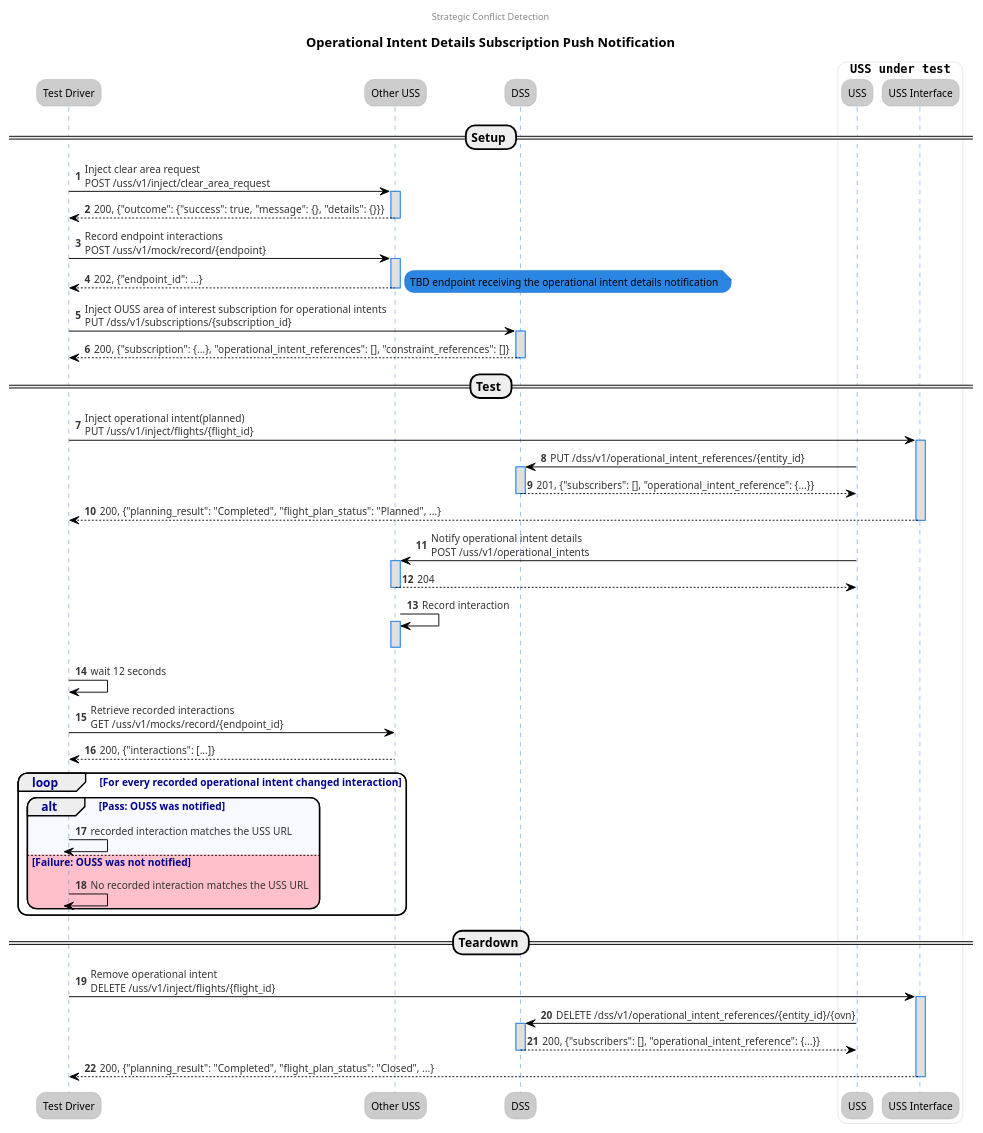
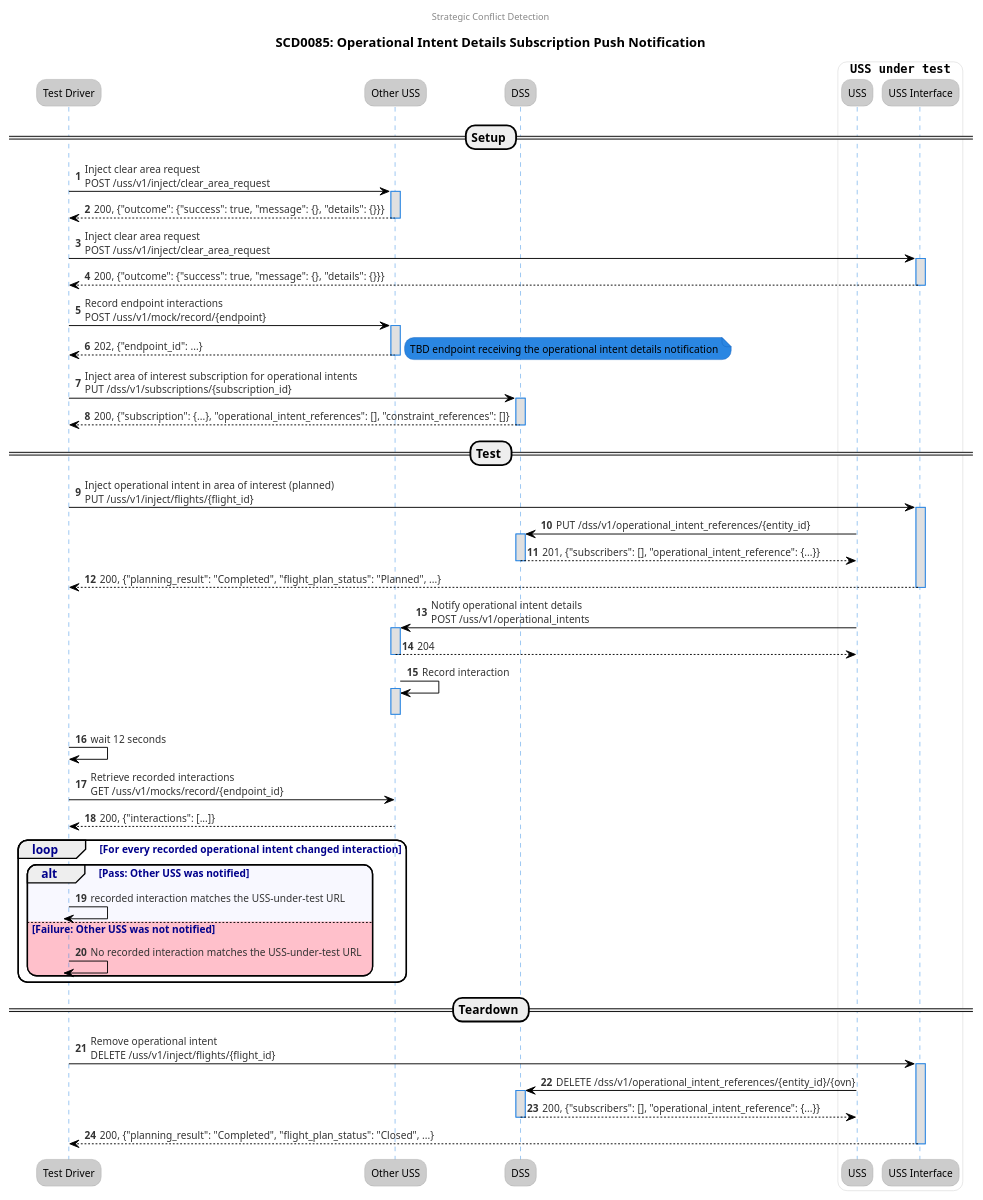
The diagram in investigations/user_notification/SCD85.puml (interuss/tsc), drawn with PlantUML before and after one commit. The commit also changed other lines of this file and 1 other file, not shown here.

Commit message:
scd85_scenario: Minor additions and corrections to make diagram more clear.

```diff
--- a/investigations/user_notification/SCD85.puml
+++ b/investigations/user_notification/SCD85.puml
@@ -1,81 +1,81 @@
 @startuml
 autonumber
 !theme reddress-lightblue
 skinparam BoxPadding 10
 skinparam roundcorner 20
 skinparam SequenceGroupHeaderFontColor darkblue
 skinparam SequenceGroupFontColor darkblue
 skinparam SequenceBoxBackgroundColor White
 skinparam shadowing false
 
 
 center header Strategic Conflict Detection
-title Operational Intent Details Subscription Push Notification
+title SCD0085: Operational Intent Details Subscription Push Notification
 
 participant "Test Driver" as TD
 participant "Other USS" as OUSS
 participant "DSS" as DSS
 box ""USS under test""
     participant "USS" as USS
     participant "USS Interface" as USSInter
 end box
 
 
-
-
 == Setup ==
 ' clear area
 TD -> OUSS++: Inject clear area request\nPOST /uss/v1/inject/clear_area_request
+return 200, {"outcome": {"success": true, "message": {}, "details": {}}}
+
+TD -> USSInter++: Inject clear area request\nPOST /uss/v1/inject/clear_area_request
 return 200, {"outcome": {"success": true, "message": {}, "details": {}}}
 
 ' record interactions for the endpoint
 TD -> OUSS++: Record endpoint interactions\nPOST /uss/v1/mock/record/{endpoint}
 return 202, {"endpoint_id": ...}
 note right
 TBD endpoint receiving the operational intent details notification
 end note
 
 ' inject OUSS area of interest subscription
-TD -> DSS++: Inject OUSS area of interest subscription for operational intents\nPUT /dss/v1/subscriptions/{subscription_id}
+TD -> DSS++: Inject area of interest subscription for operational intents\nPUT /dss/v1/subscriptions/{subscription_id}
 return 200, {"subscription": {...}, "operational_intent_references": [], "constraint_references": []}
-
 
 
 == Test ==
 ' inject SUT planned operational intent modification (upsert)
-TD -> USSInter++: Inject operational intent(planned)\nPUT /uss/v1/inject/flights/{flight_id}
+TD -> USSInter++: Inject operational intent in area of interest (planned)\nPUT /uss/v1/inject/flights/{flight_id}
 USS -> DSS++: PUT /dss/v1/operational_intent_references/{entity_id}
 return 201, {"subscribers": [], "operational_intent_reference": {...}}
 TD <-- USSInter--: 200, {"planning_result": "Completed", "flight_plan_status": "Planned", ...}
 
 
 ' OUSS subscription notification
 USS -> OUSS++: Notify operational intent details\nPOST /uss/v1/operational_intents
 USS <-- OUSS--: 204
 OUSS -> OUSS++--: Record interaction
 
 TD -> TD: wait 12 seconds
 ' Gaussian distribution 2.5 seconds mean, 1.25 seconds standard deviation covers Conflictingoimaxusernotificationtime .95 of the time waiting 7 seconds cover .9998. Also 5 additional seconds to allow for delay in test setup.
 
 
 ' retrieve notifications
 TD -> OUSS: Retrieve recorded interactions\nGET /uss/v1/mocks/record/{endpoint_id}
 return 200, {"interactions": [...]}
 
 loop For every recorded operational intent changed interaction
-    alt #GhostWhite Pass: OUSS was notified
-        TD -> TD--: recorded interaction matches the USS URL
-    else #Pink Failure: OUSS was not notified
-        TD -> TD--: No recorded interaction matches the USS URL
+    alt #GhostWhite Pass: Other USS was notified
+        TD -> TD--: recorded interaction matches the USS-under-test URL
+    else #Pink Failure: Other USS was not notified
+        TD -> TD--: No recorded interaction matches the USS-under-test URL
     end
 end
 
 
 == Teardown ==
 ' terminate operational intent
 TD -> USSInter++: Remove operational intent\nDELETE /uss/v1/inject/flights/{flight_id}
 USS -> DSS++: DELETE /dss/v1/operational_intent_references/{entity_id}/{ovn}
 return 200, {"subscribers": [], "operational_intent_reference": {...}}
 TD <-- USSInter--: 200, {"planning_result": "Completed", "flight_plan_status": "Closed", ...}
 
 @enduml
```
